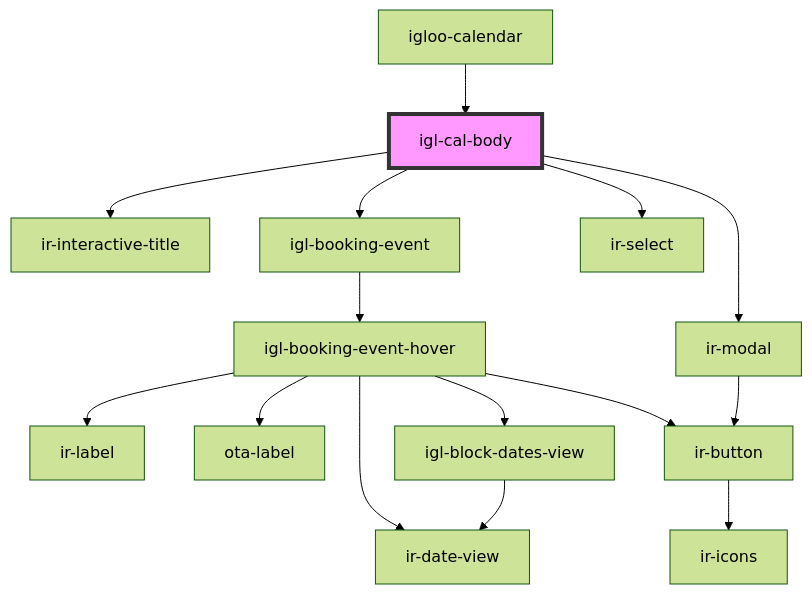
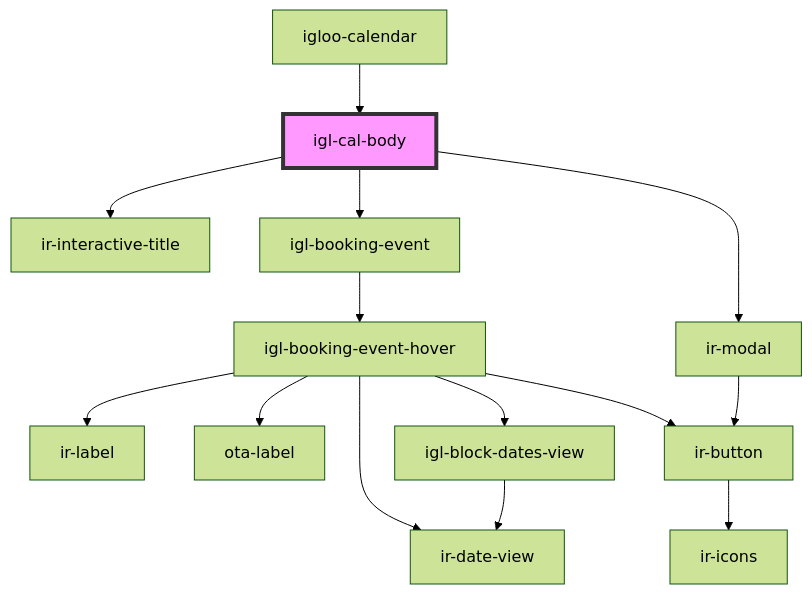
One commit to David1Chowaifaty/modified-ir-webcmp changed the diagram in src/components/igloo-calendar/igl-cal-body/readme.md. Above: the diagram before and after it, drawn with Mermaid (forest theme). The commit also changed other lines of this file and 28 other files, not shown here.

````diff
--- a/src/components/igloo-calendar/igl-cal-body/readme.md
+++ b/src/components/igloo-calendar/igl-cal-body/readme.md
@@ -45,18 +44,17 @@
 ```mermaid
 graph TD;
   igl-cal-body --> ir-interactive-title
   igl-cal-body --> igl-booking-event
   igl-cal-body --> ir-modal
-  igl-cal-body --> ir-select
   igl-booking-event --> igl-booking-event-hover
   igl-booking-event-hover --> ir-date-view
   igl-booking-event-hover --> ir-label
   igl-booking-event-hover --> ota-label
   igl-booking-event-hover --> ir-button
   igl-booking-event-hover --> igl-block-dates-view
   ir-button --> ir-icons
   igl-block-dates-view --> ir-date-view
   ir-modal --> ir-button
   igloo-calendar --> igl-cal-body
   style igl-cal-body fill:#f9f,stroke:#333,stroke-width:4px
 ```
````
